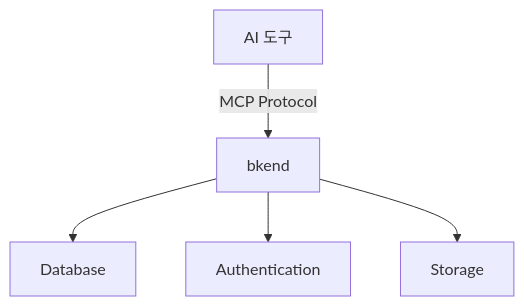
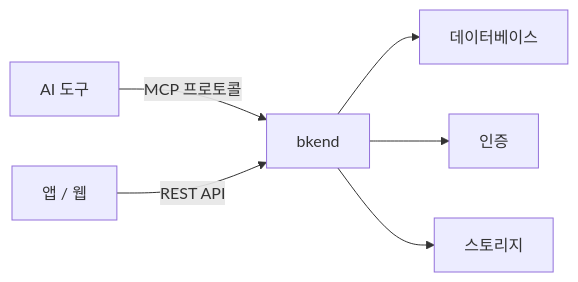
One commit to popup-studio-ai/bkend-docs changed the diagram in ko/getting-started/01-what-is-bkend.md. Above: the diagram before and after it, drawn with Mermaid. The commit also changed other lines of this file and 186 other files, not shown here.

````diff
--- a/ko/getting-started/01-what-is-bkend.md
+++ b/ko/getting-started/01-what-is-bkend.md
@@ -9,7 +15,8 @@
 ```mermaid
-flowchart TD
-    A[AI 도구] -->|MCP Protocol| B[bkend]
-    B --> C[Database]
-    B --> D[Authentication]
-    B --> E[Storage]
+flowchart LR
+    A[AI 도구] -->|MCP 프로토콜| B[bkend]
+    B --> C[데이터베이스]
+    B --> D[인증]
+    B --> E[스토리지]
+    F[앱 / 웹] -->|REST API| B
 ```
````
